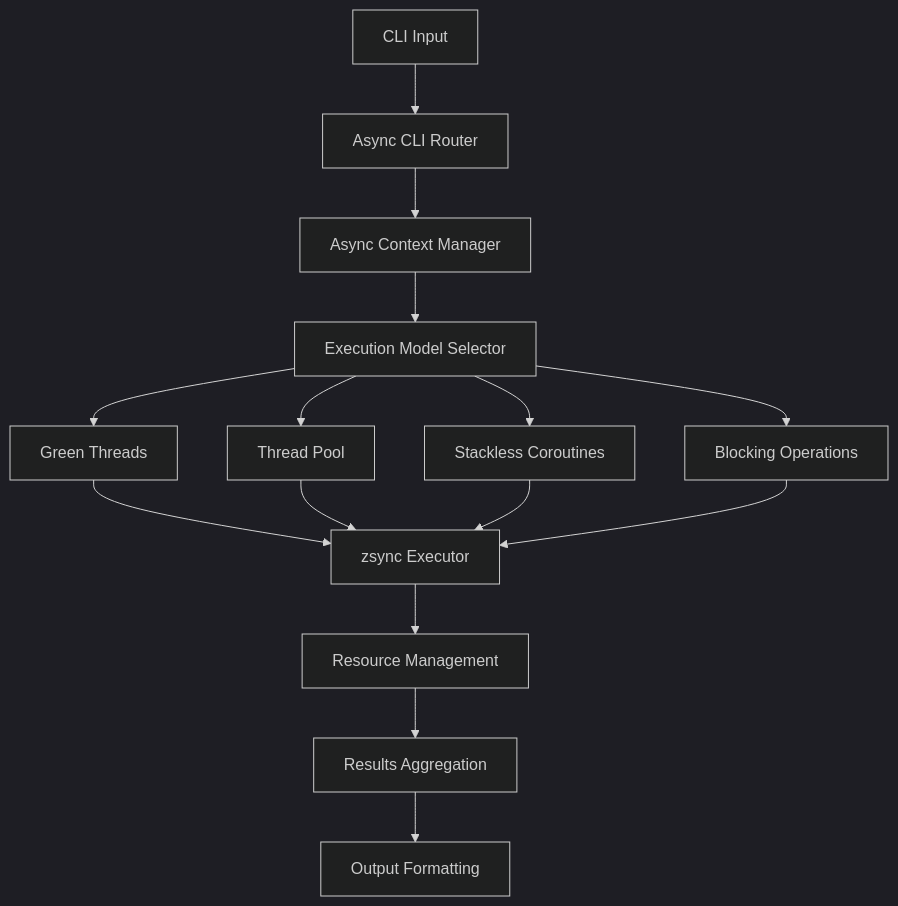
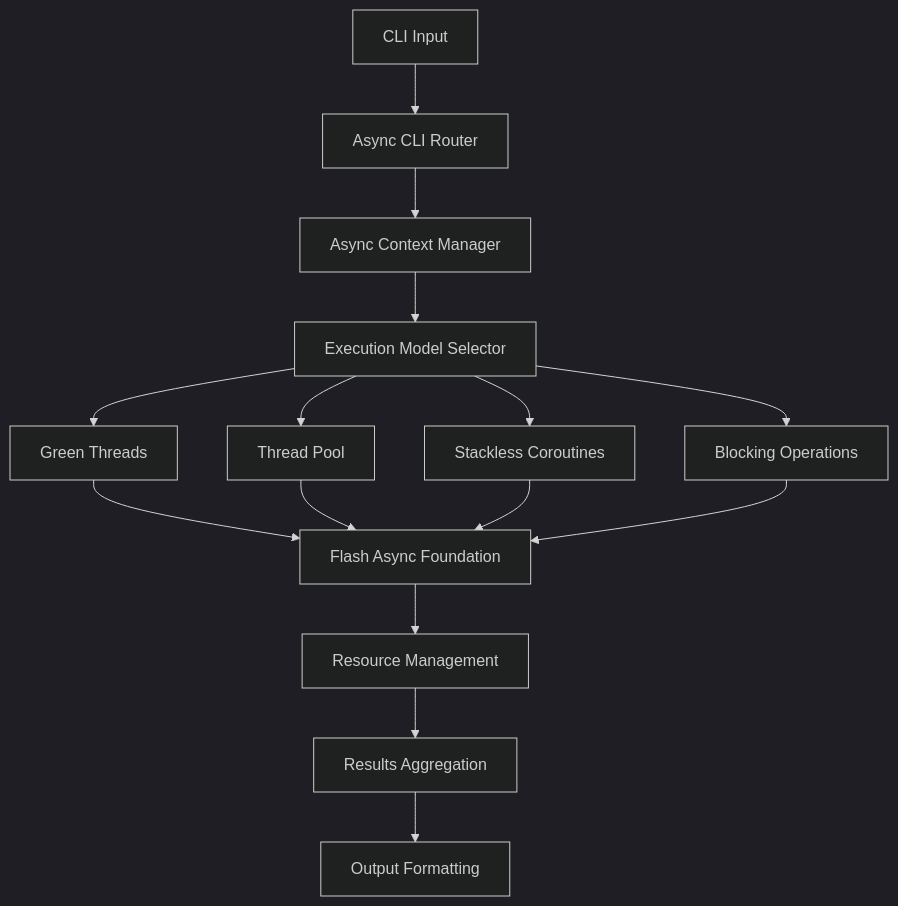
The diagram in docs/architecture/async-system.md (GhostKellz/flash), drawn with Mermaid (dark theme) before and after one commit. The commit also changed other lines of this file and 69 other files, not shown here.

````diff
--- a/docs/architecture/async-system.md
+++ b/docs/architecture/async-system.md
@@ -15,20 +15,20 @@
 ```mermaid
 graph TD
     A[CLI Input] --> B[Async CLI Router]
     B --> C[Async Context Manager]
     C --> D[Execution Model Selector]
 
     D --> E[Green Threads]
     D --> F[Thread Pool]
     D --> G[Stackless Coroutines]
     D --> H[Blocking Operations]
 
-    E --> I[zsync Executor]
+    E --> I[Flash Async Foundation]
     F --> I
     G --> I
     H --> I
 
     I --> J[Resource Management]
     J --> K[Results Aggregation]
     K --> L[Output Formatting]
 ```
````
